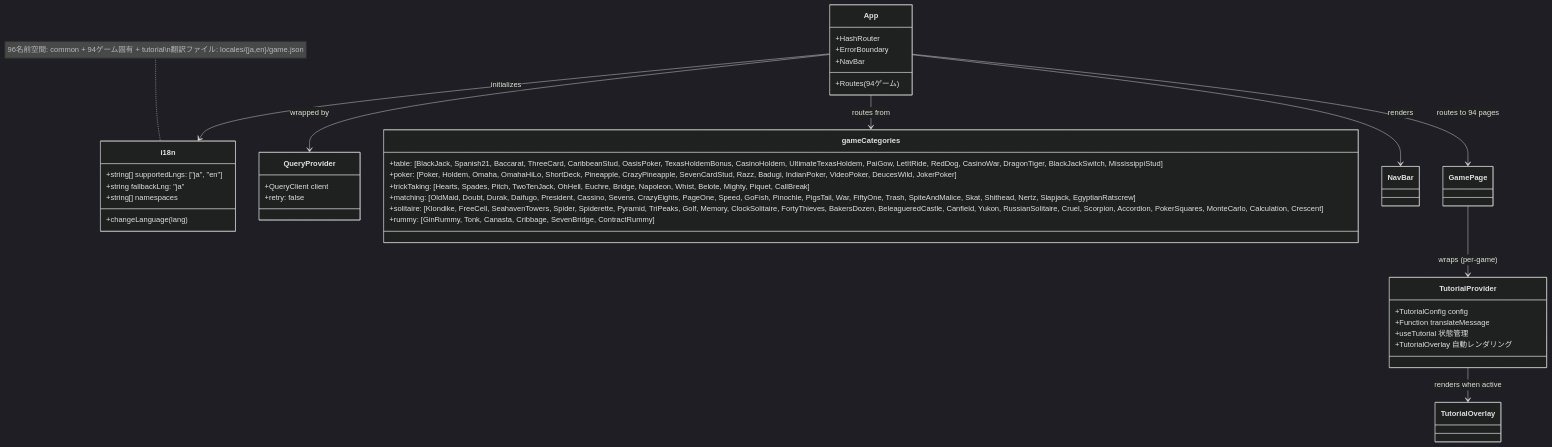
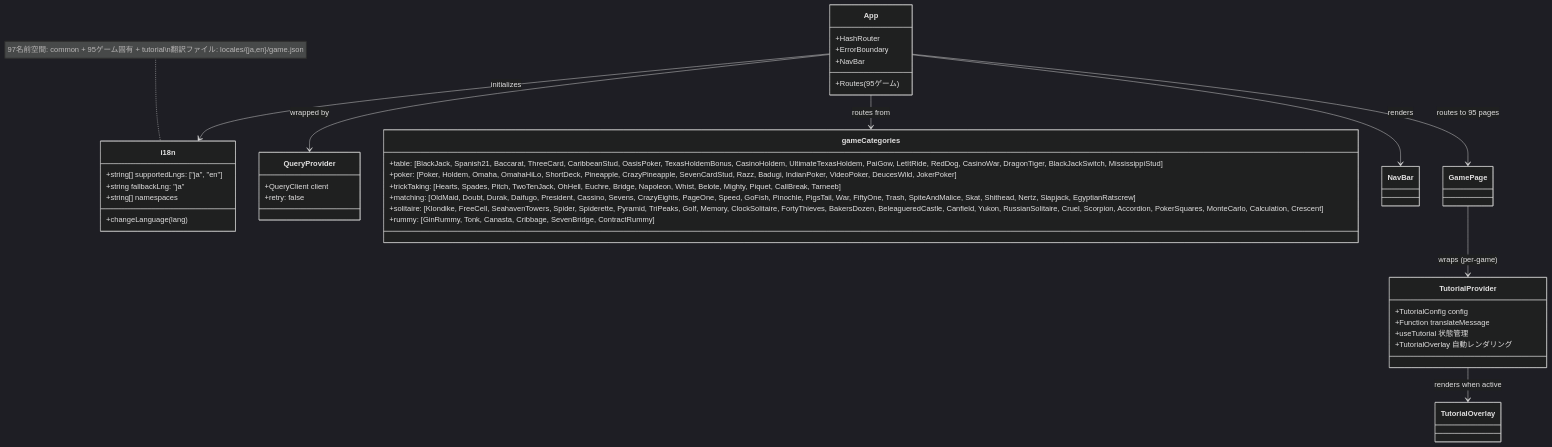
One commit to yuta-yoshinaga/go_trumpcards changed the ninth of 42 diagrams in docs/design/frontend.md. Above: the diagram before and after it, drawn with Mermaid (dark theme). The commit also changed 56 other files, not shown here.

First line of the commit message:
feat(tarneeb): add Tarneeb partnership trick-taking game (#1686)

````diff
--- a/docs/design/frontend.md
+++ b/docs/design/frontend.md
@@ -1912,47 +1912,47 @@
 ```mermaid
 classDiagram
     class i18n {
         +string[] supportedLngs: ["ja", "en"]
         +string fallbackLng: "ja"
         +string[] namespaces
         +changeLanguage(lang)
     }
 
     class QueryProvider {
         +QueryClient client
         +retry: false
     }
 
     class App {
         +HashRouter
         +ErrorBoundary
         +NavBar
-        +Routes (94ゲーム)
+        +Routes (95ゲーム)
     }
 
     class gameCategories {
         +table: [BlackJack, Spanish21, Baccarat, ThreeCard, CaribbeanStud, OasisPoker, TexasHoldemBonus, CasinoHoldem, UltimateTexasHoldem, PaiGow, LetItRide, RedDog, CasinoWar, DragonTiger, BlackJackSwitch, MississippiStud]
         +poker: [Poker, Holdem, Omaha, OmahaHiLo, ShortDeck, Pineapple, CrazyPineapple, SevenCardStud, Razz, Badugi, IndianPoker, VideoPoker, DeucesWild, JokerPoker]
-        +trickTaking: [Hearts, Spades, Pitch, TwoTenJack, OhHell, Euchre, Bridge, Napoleon, Whist, Belote, Mighty, Piquet, CallBreak]
+        +trickTaking: [Hearts, Spades, Pitch, TwoTenJack, OhHell, Euchre, Bridge, Napoleon, Whist, Belote, Mighty, Piquet, CallBreak, Tarneeb]
         +matching: [OldMaid, Doubt, Durak, Daifugo, President, Cassino, Sevens, CrazyEights, PageOne, Speed, GoFish, Pinochle, PigsTail, War, FiftyOne, Trash, SpiteAndMalice, Skat, Shithead, Nertz, Slapjack, EgyptianRatscrew]
         +solitaire: [Klondike, FreeCell, SeahavenTowers, Spider, Spiderette, Pyramid, TriPeaks, Golf, Memory, ClockSolitaire, FortyThieves, BakersDozen, BeleagueredCastle, Canfield, Yukon, RussianSolitaire, Cruel, Scorpion, Accordion, PokerSquares, MonteCarlo, Calculation, Crescent]
         +rummy: [GinRummy, Tonk, Canasta, Cribbage, SevenBridge, ContractRummy]
     }
 
     class TutorialProvider {
         +TutorialConfig config
         +Function translateMessage
         +useTutorial 状態管理
         +TutorialOverlay 自動レンダリング
     }
 
     App --> QueryProvider : wrapped by
     App --> i18n : initializes
     App --> gameCategories : routes from
     App --> NavBar : renders
-    App --> GamePage : routes to 94 pages
+    App --> GamePage : routes to 95 pages
     GamePage --> TutorialProvider : wraps (per-game)
     TutorialProvider --> TutorialOverlay : renders when active
 
-    note for i18n "96名前空間: common + 94ゲーム固有 + tutorial\n翻訳ファイル: locales/{ja,en}/game.json"
+    note for i18n "97名前空間: common + 95ゲーム固有 + tutorial\n翻訳ファイル: locales/{ja,en}/game.json"
 ```
````
